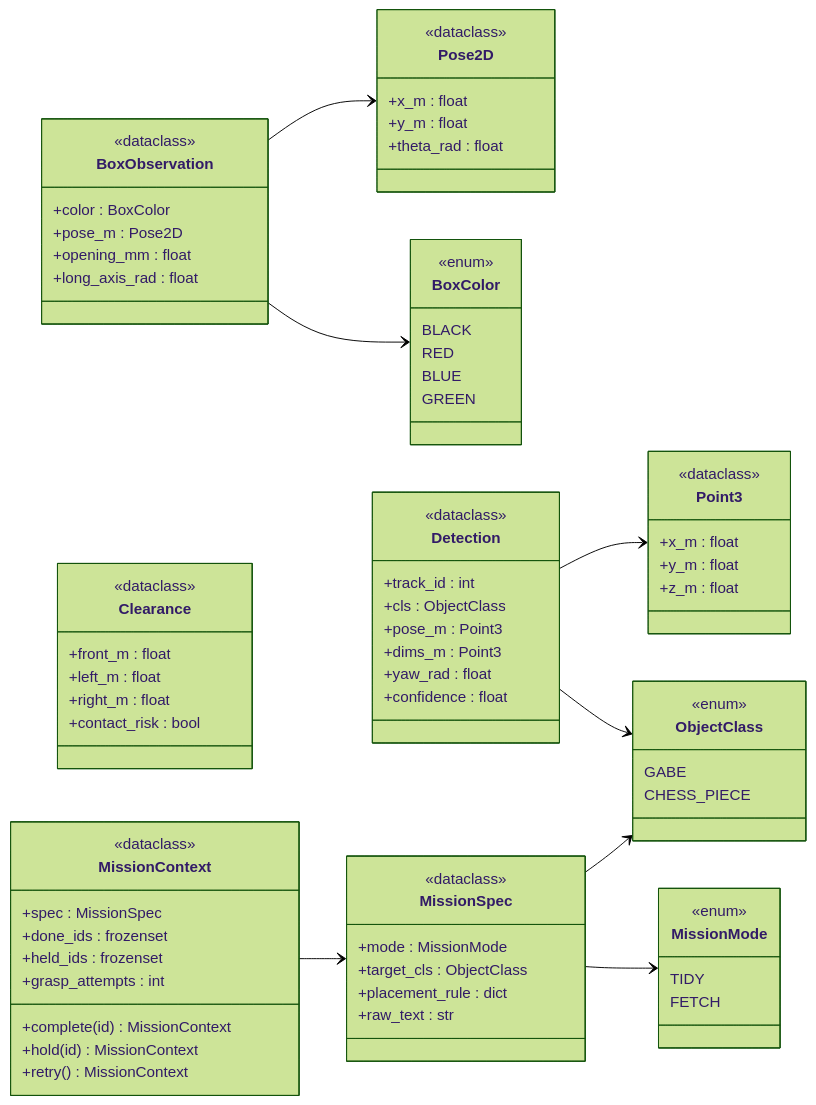
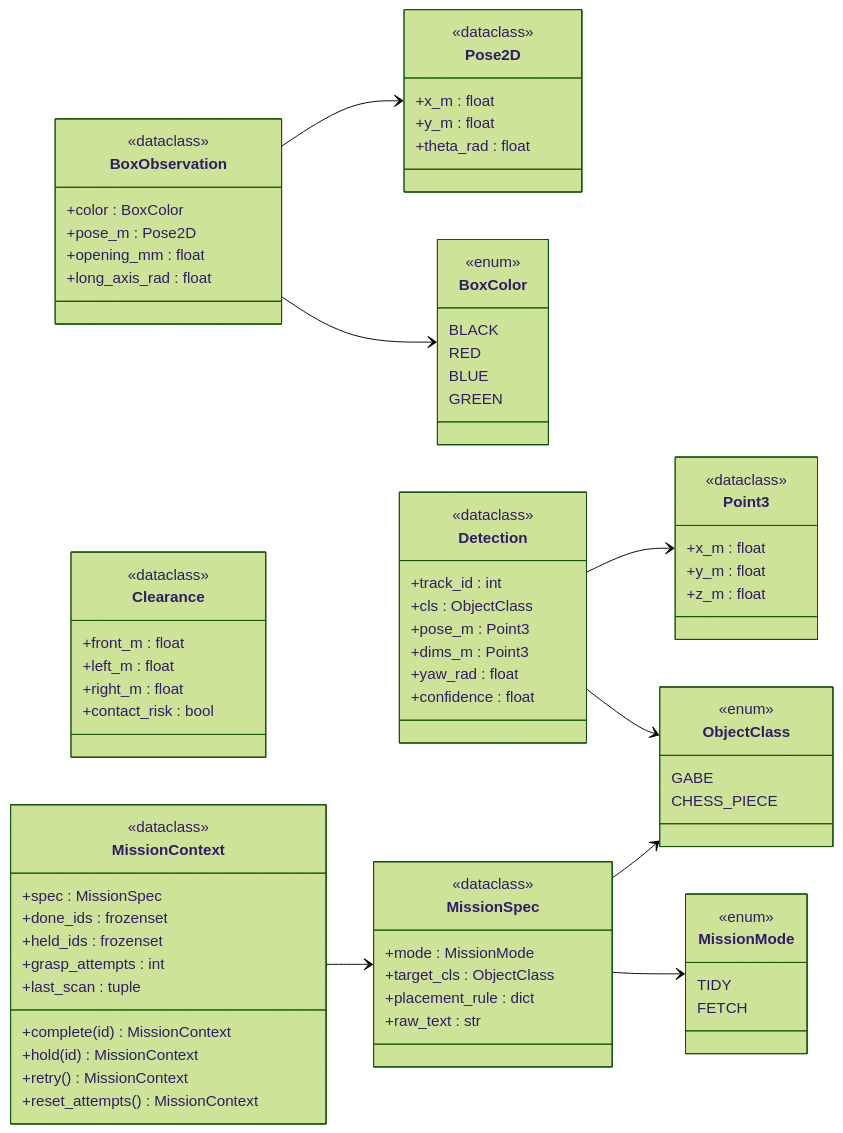
Before and after one commit to grippers-intel/grippers: the first of 4 diagrams in docs/design/class_diagram.md, drawn with Mermaid (forest theme). The commit also changed other lines of this file and 3 other files, not shown here.

```diff
--- a/docs/design/class_diagram.md
+++ b/docs/design/class_diagram.md
@@ -93,9 +93,11 @@
         +done_ids : frozenset
         +held_ids : frozenset
         +grasp_attempts : int
+        +last_scan : tuple
         +complete(id) MissionContext
         +hold(id) MissionContext
         +retry() MissionContext
+        +reset_attempts() MissionContext
     }
 
     Detection --> ObjectClass
```
